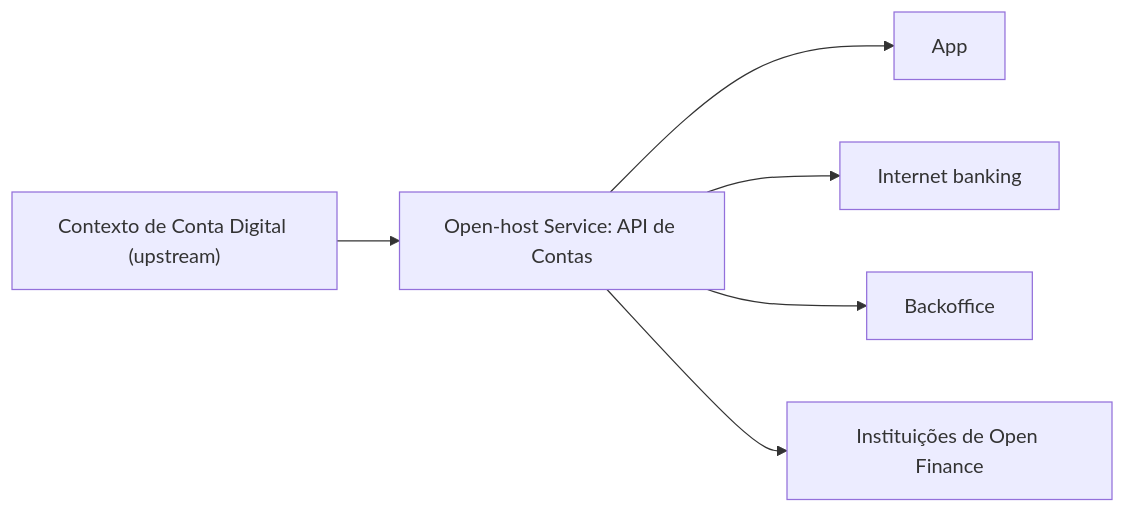
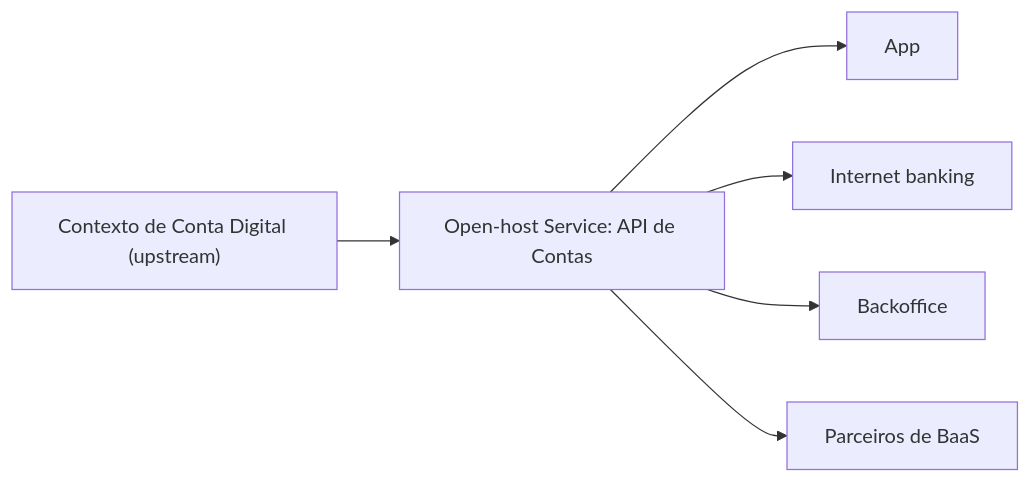
One commit to alancesar/design-patterns changed the diagram in docs/design/ddd/context-mapping/open-host-service.md. Above: the diagram before and after it, drawn with Mermaid. The commit also changed other lines of this file and 18 other files, not shown here.

````diff
--- a/docs/design/ddd/context-mapping/open-host-service.md
+++ b/docs/design/ddd/context-mapping/open-host-service.md
@@ -56,8 +56,8 @@
 ```mermaid
 flowchart LR
     U["Contexto de Conta Digital (upstream)"] --> OHS["Open-host Service: API de Contas"]
     OHS --> C1["App"]
     OHS --> C2["Internet banking"]
     OHS --> C3["Backoffice"]
-    OHS --> C4["Instituições de Open Finance"]
+    OHS --> C4["Parceiros de BaaS"]
 ```
````
